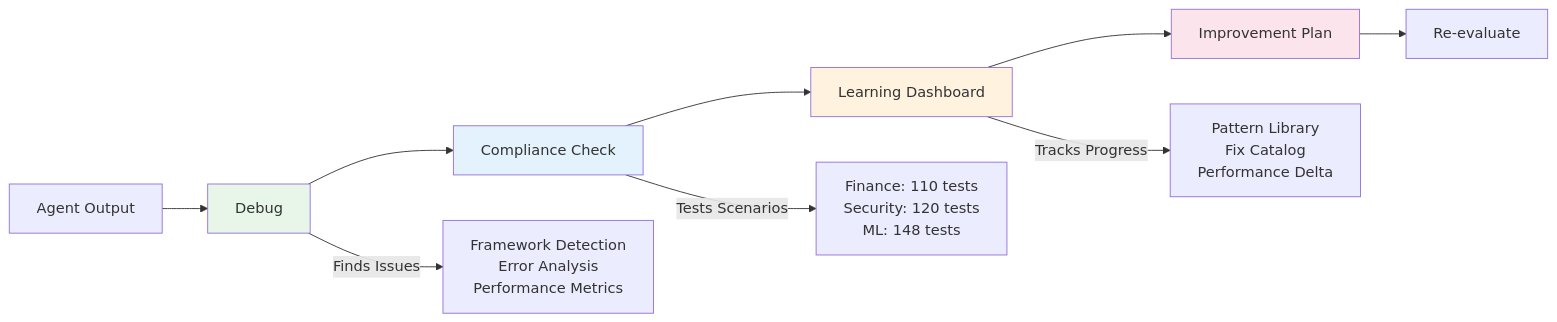
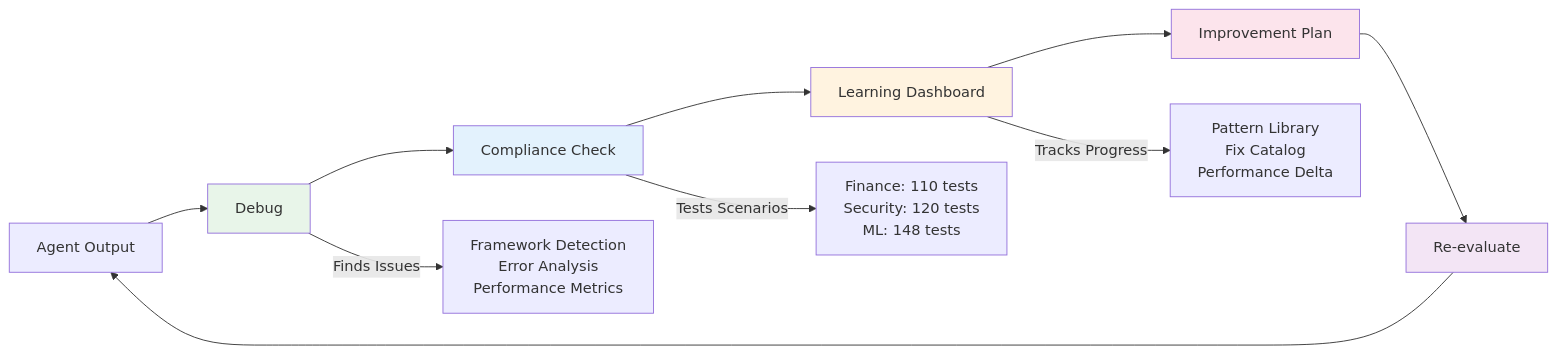
One commit to Arc-Computer/arc-eval changed the diagram in README.md. Above: the diagram before and after it, drawn with Mermaid. The commit also changed other lines of this file, not shown here.

````diff
--- a/README.md
+++ b/README.md
@@ -58,17 +56,19 @@
 ```mermaid
 graph LR
     A[Agent Output] --> B[Debug]
     B --> C[Compliance Check]
     C --> D[Learning Dashboard]
     D --> E[Improvement Plan]
     E --> F[Re-evaluate]
+    F --> A
     
     B --> |Finds Issues| B1[Framework Detection<br/>Error Analysis<br/>Performance Metrics]
     C --> |Tests Scenarios| C1[Finance: 110 tests<br/>Security: 120 tests<br/>ML: 148 tests]
     D --> |Tracks Progress| D1[Pattern Library<br/>Fix Catalog<br/>Performance Delta]
     
     style B fill:#e8f5e9
     style C fill:#e3f2fd
     style D fill:#fff3e0
     style E fill:#fce4ec
+    style F fill:#f3e5f5
 ```
````
